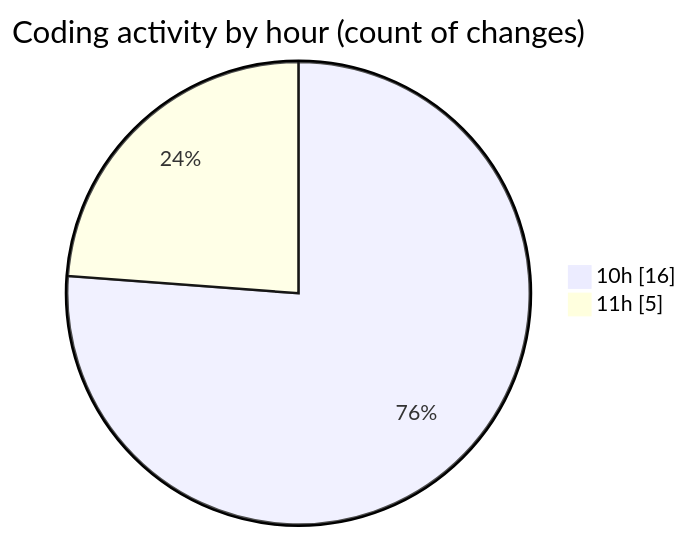
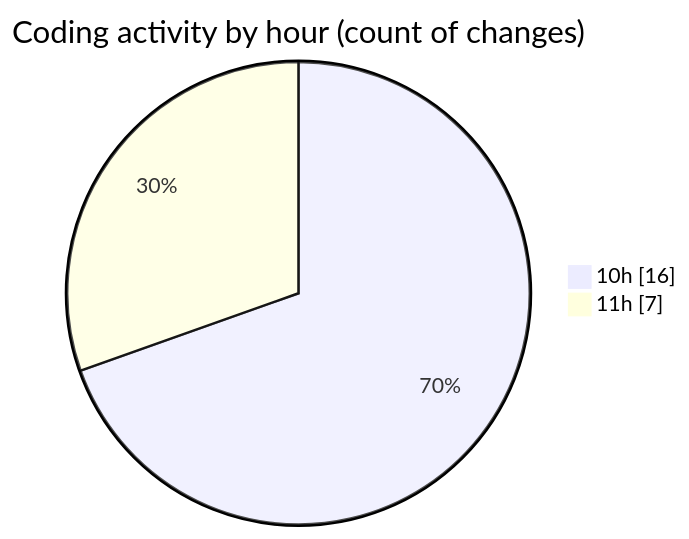
One commit to lephambinh05/code-tracking changed the second of 2 diagrams in 2025-07-20/nhahang/README.md. Above: the diagram before and after it, drawn with Mermaid. The commit also changed other lines of this file and 1 other file, not shown here.

````diff
--- a/2025-07-20/nhahang/README.md
+++ b/2025-07-20/nhahang/README.md
@@ -36,6 +37,6 @@
 ```mermaid
 pie showData
 title Coding activity by hour (count of changes)
 "10h" : 16
-"11h" : 5
+"11h" : 7
 ```
````
